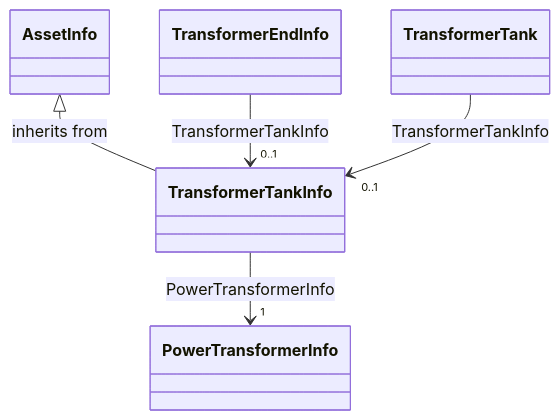
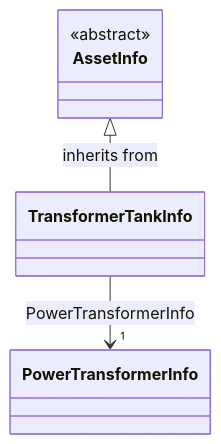
Before and after one commit to PNNL-CIM-Tools/CIM-Graph: the seventh of 14 diagrams in cimgraph/data_profile/cim18gmdm/asset/Asset.rdfs-t2b.md, drawn with Mermaid. The commit also changed other lines of this file and 28 other files, not shown here.

````diff
--- a/cimgraph/data_profile/cim18gmdm/asset/Asset.rdfs-t2b.md
+++ b/cimgraph/data_profile/cim18gmdm/asset/Asset.rdfs-t2b.md
@@ -334,9 +375,17 @@
 ```mermaid
 classDiagram
-class TransformerTankInfo{
+direction TB
+
+class TransformerTankInfo {
 }
+
+class AssetInfo {
+<<abstract>>
+}
+
 AssetInfo <|-- TransformerTankInfo : inherits from
+class PowerTransformerInfo {
+}
+
 TransformerTankInfo --> "1" PowerTransformerInfo : PowerTransformerInfo
-TransformerEndInfo --> "0..1" TransformerTankInfo : TransformerTankInfo
-TransformerTank --> "0..1" TransformerTankInfo : TransformerTankInfo
 ```
````
